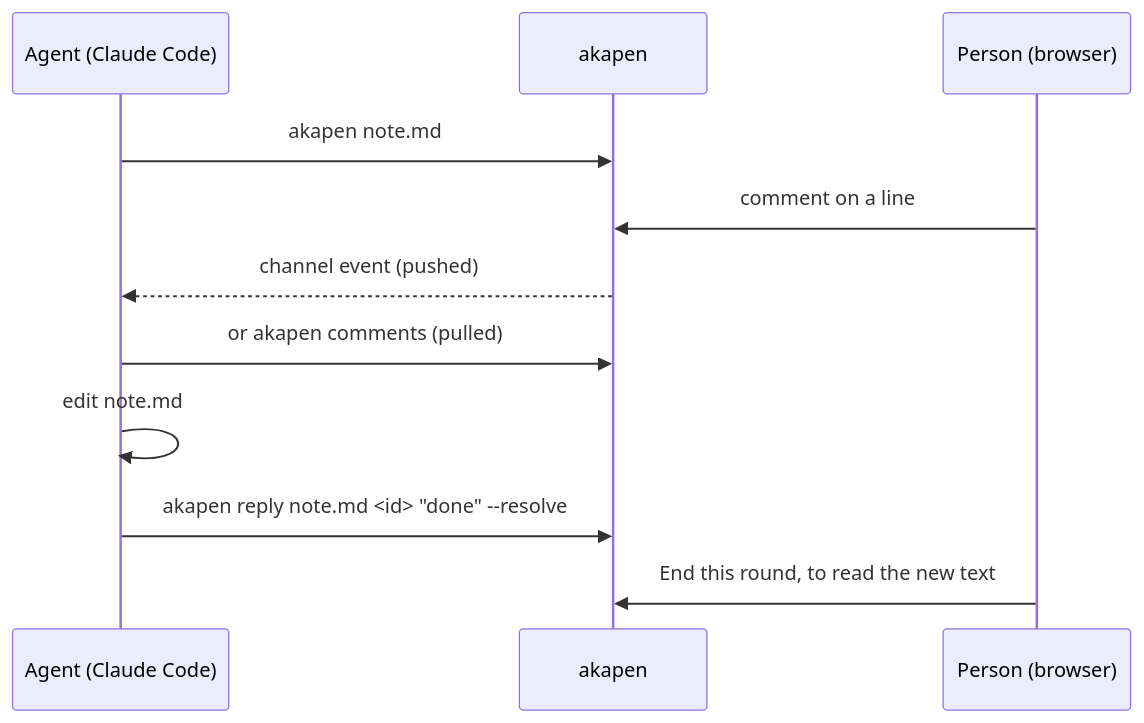
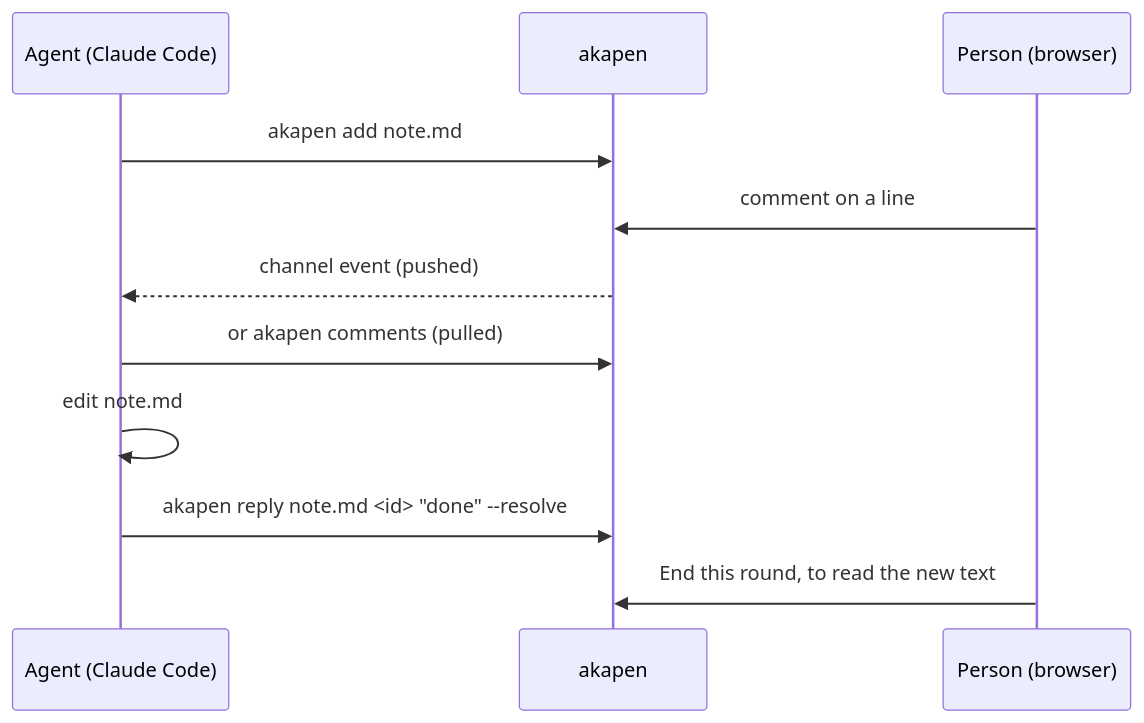
One commit to TakashiAihara/akapen changed the diagram in README.md. Above: the diagram before and after it, drawn with Mermaid. The commit also changed other lines of this file and 30 other files, not shown here.

````diff
--- a/README.md
+++ b/README.md
@@ -13,13 +13,13 @@
 ```mermaid
 sequenceDiagram
     participant A as Agent (Claude Code)
     participant K as akapen
     participant P as Person (browser)
-    A->>K: akapen note.md
+    A->>K: akapen add note.md
     P->>K: comment on a line
     K-->>A: channel event (pushed)
     A->>K: or akapen comments (pulled)
     A->>A: edit note.md
     A->>K: akapen reply note.md <id> "done" --resolve
     P->>K: End this round, to read the new text
 ```
````
